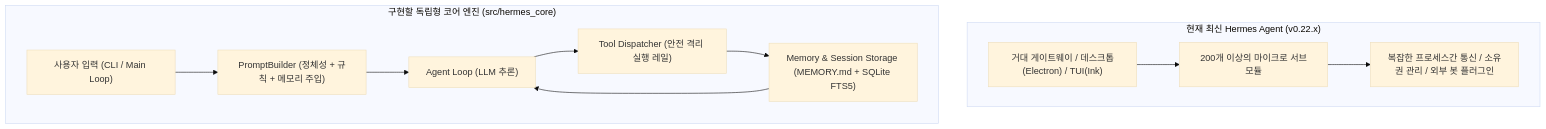
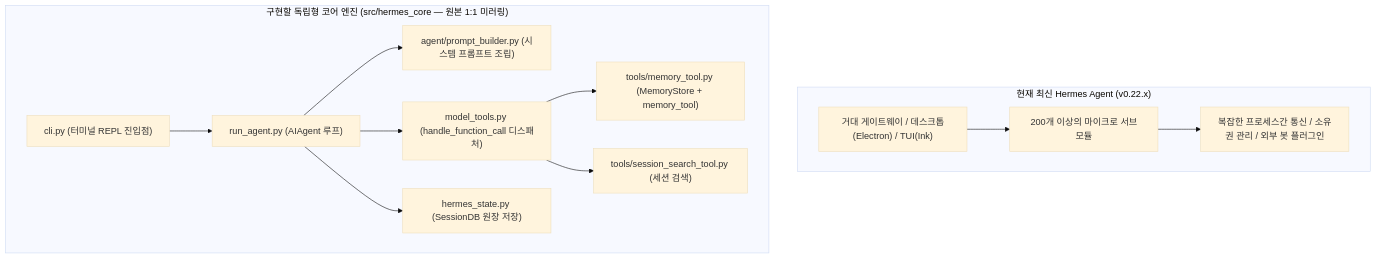
Before and after one commit to RadiantCitron/hermes-agent-study: the first of 2 diagrams in docs/로드맵/01-헤르메스코어-예제구축/ROADMAP.md, drawn with Mermaid (base theme). The commit also changed other lines of this file and 5 other files, not shown here.

Commit message:
docs: align coding standards and roadmap 01 with 1:1 hermes-agent mirroring

````diff
--- a/docs/로드맵/01-헤르메스코어-예제구축/ROADMAP.md
+++ b/docs/로드맵/01-헤르메스코어-예제구축/ROADMAP.md
@@ -22,15 +22,16 @@
 ```mermaid
 flowchart TD
     subgraph AsIs["현재 최신 Hermes Agent (v0.22.x)"]
         A1["거대 게이트웨이 / 데스크톱(Electron) / TUI(Ink)"] --> A2["200개 이상의 마이크로 서브모듈"]
         A2 --> A3["복잡한 프로세스간 통신 / 소유권 관리 / 외부 봇 플러그인"]
     end
 
-    subgraph ToBe["구현할 독립형 코어 엔진 (src/hermes_core)"]
-        B1["사용자 입력 (CLI / Main Loop)"] --> B2["PromptBuilder (정체성 + 규칙 + 메모리 주입)"]
-        B2 --> B3["Agent Loop (LLM 추론)"]
-        B3 --> B4["Tool Dispatcher (안전 격리 실행 레일)"]
-        B4 --> B5["Memory & Session Storage (MEMORY.md + SQLite FTS5)"]
-        B5 --> B3
+    subgraph ToBe["구현할 독립형 코어 엔진 (src/hermes_core — 원본 1:1 미러링)"]
+        B1["cli.py (터미널 REPL 진입점)"] --> B2["run_agent.py (AIAgent 루프)"]
+        B2 --> B3["agent/prompt_builder.py (시스템 프롬프트 조립)"]
+        B2 --> B4["model_tools.py (handle_function_call 디스패처)"]
+        B4 --> B5["tools/memory_tool.py (MemoryStore + memory_tool)"]
+        B4 --> B6["tools/session_search_tool.py (세션 검색)"]
+        B2 --> B7["hermes_state.py (SessionDB 원장 저장)"]
     end
 ```
````
